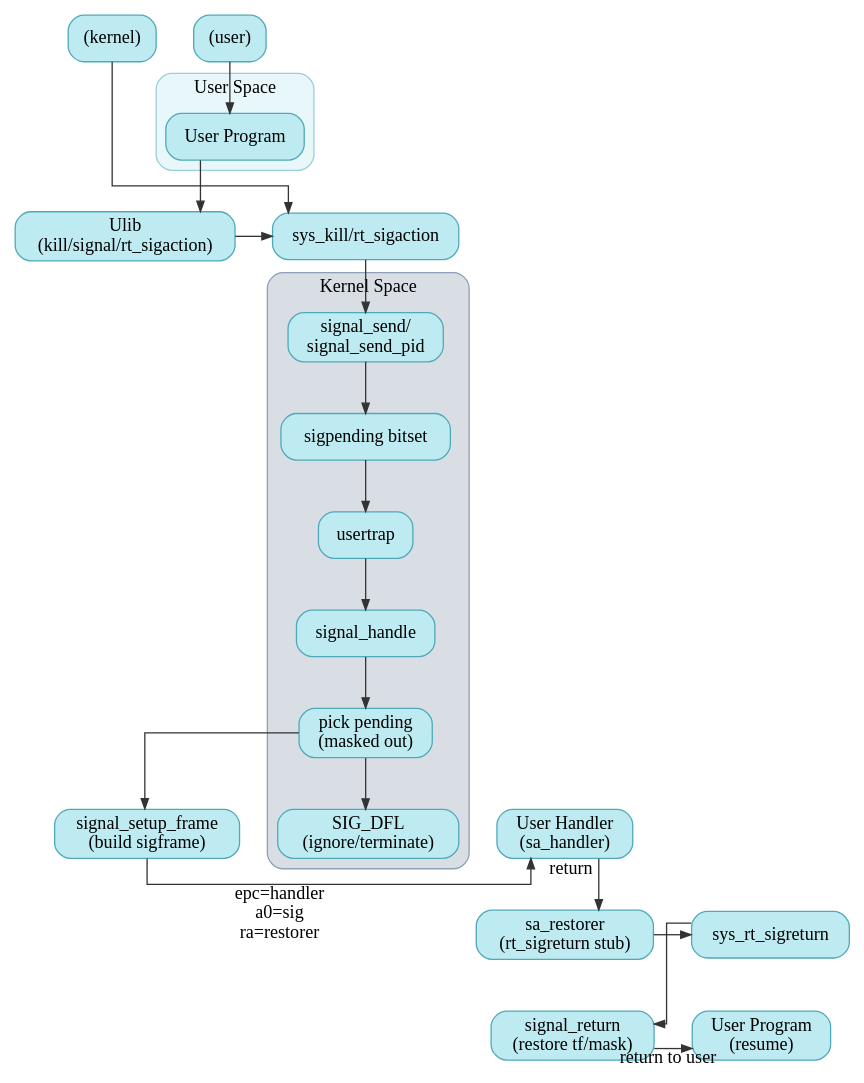
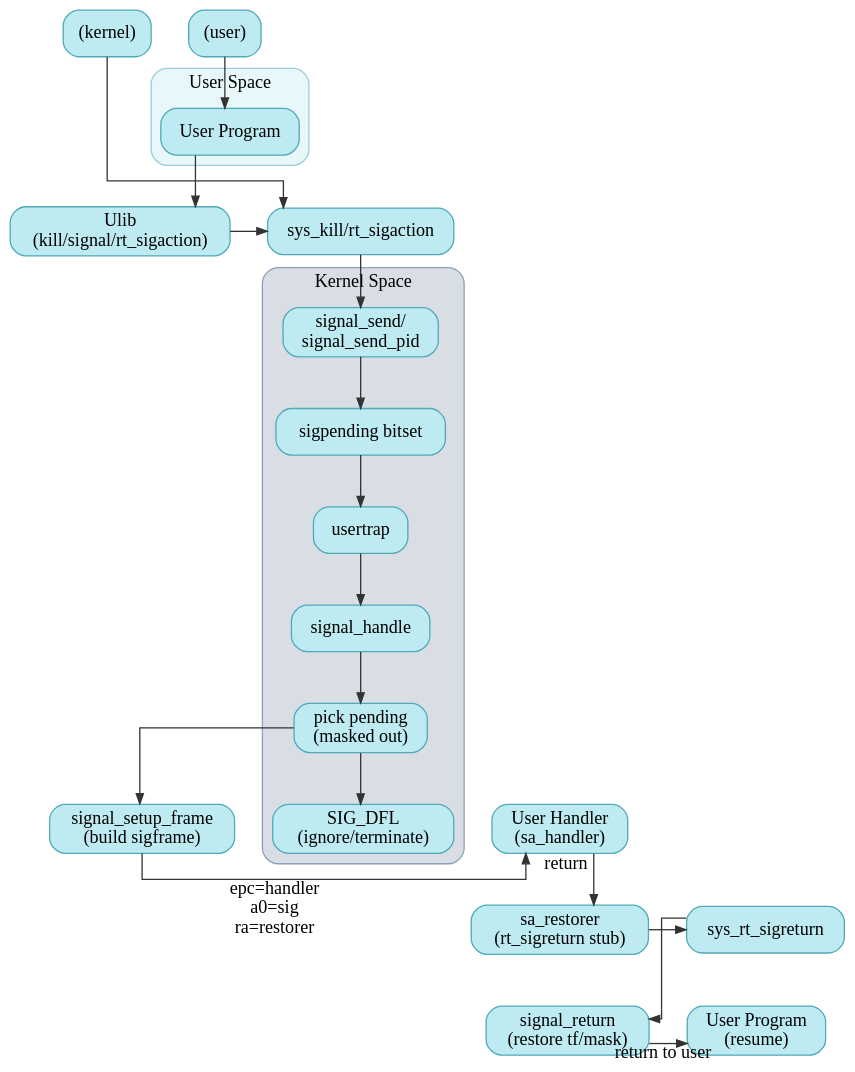
One commit to gan-rui-lin/xv6-lab changed the diagram in docs/sig_handle.dot. Above: the diagram before and after it, drawn with Graphviz. The commit also changed 16 other files, not shown here.

```diff
--- a/docs/sig_handle.dot
+++ b/docs/sig_handle.dot
@@ -1,78 +1,78 @@
 digraph signal_flow {
   graph [
     fontname="Microsoft YaHei",
     rankdir=TB,
-    bgcolor="white",
+    bgcolor="transparent",
     splines=ortho,
     nodesep=0.4,
     ranksep=0.55
   ];
   node  [
     fontname="Microsoft YaHei",
     shape=box,
     style="rounded,filled",
     fillcolor="#BEEBF2",
     color="#4FA9B8"
   ];
   edge  [color="#333333", arrowsize=0.8, fontname="Microsoft YaHei"];
 
   // Left: kernel space
   subgraph cluster_kernel {
     label="Kernel Space";
     style="rounded,filled";
     fillcolor="#D9DDE4";
     color="#8EA0B8";
 
     KTop   [label="(kernel)"];
     SysKill [label="sys_kill/rt_sigaction"];
     Send    [label="signal_send/\nsignal_send_pid"];
     Pending [label="sigpending bitset"];
     Usertrap [label="usertrap"];
     Handle  [label="signal_handle"];
     Pick    [label="pick pending\n(masked out)"];
     Default [label="SIG_DFL\n(ignore/terminate)"];
     Setup   [label="signal_setup_frame\n(build sigframe)"];
     SysSigret [label="sys_rt_sigreturn"];
     Sigret  [label="signal_return\n(restore tf/mask)"];
 
     KTop -> SysKill -> Send -> Pending -> Usertrap -> Handle -> Pick;
     Pick -> Default;
     Pick -> Setup;
     SysSigret -> Sigret;
   }
 
   // Right: user space
   subgraph cluster_user {
     label="User Space";
     style="rounded,filled";
     fillcolor="#E8F7FA";
     color="#9CCED9";
 
     UTop [label="(user)"];
     UProg [label="User Program"];
     Ulib  [label="Ulib\n(kill/signal/rt_sigaction)"];
     Handler [label="User Handler\n(sa_handler)"];
     Restorer [label="sa_restorer\n(rt_sigreturn stub)"];
     UResume [label="User Program\n(resume)"];
 
     UTop -> UProg -> Ulib;
     Handler -> Restorer -> UResume [style=invis]; // keep the column tall/straight
   }
 
   // Force two columns: kernel on the left, user on the right.
   { rank=same; KTop; UTop; }
   KTop -> UTop [style=invis, weight=100];
 
   // Align key handoff points (same "time slice", different privilege level).
   { rank=same; SysKill; Ulib; }
   { rank=same; Setup; Handler; }
   { rank=same; SysSigret; Restorer; }
   { rank=same; Sigret; UResume; }
 
   // Cross-layer flow
   Ulib -> SysKill;
   Setup -> Handler [xlabel="epc=handler\na0=sig\nra=restorer"];
   Handler -> Restorer [xlabel="return"];
   Restorer -> SysSigret;
   Sigret -> UResume [xlabel="return to user"];
 }
```
